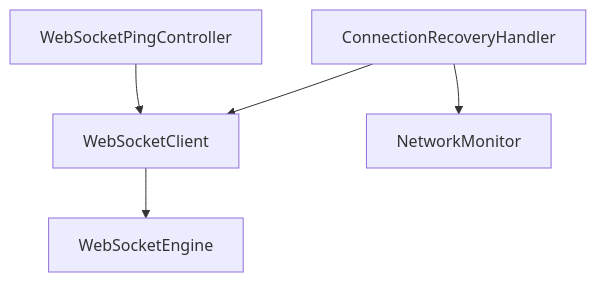
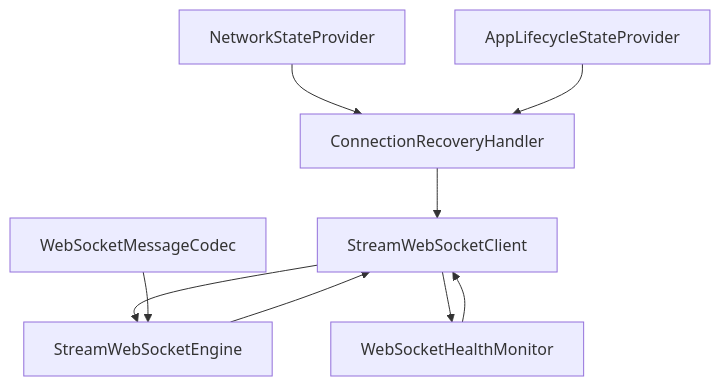
Before and after one commit to GetStream/stream-core-flutter: the diagram in packages/stream_core/docs/web_socket.md, drawn with Mermaid. The commit also changed other lines of this file and 83 other files, not shown here.

````diff
--- a/packages/stream_core/docs/web_socket.md
+++ b/packages/stream_core/docs/web_socket.md
@@ -24,7 +23,11 @@
 ```mermaid
 graph TD;
-    ConnectionRecoveryHandler-->WebSocketClient;
-    ConnectionRecoveryHandler-->NetworkMonitor;
-    WebSocketClient-->WebSocketEngine;
-    WebSocketPingController-->WebSocketClient;
+    ConnectionRecoveryHandler-->StreamWebSocketClient;
+    NetworkStateProvider-->ConnectionRecoveryHandler;
+    AppLifecycleStateProvider-->ConnectionRecoveryHandler;
+    StreamWebSocketClient-->StreamWebSocketEngine;
+    StreamWebSocketClient-->WebSocketHealthMonitor;
+    StreamWebSocketEngine-->StreamWebSocketClient;
+    WebSocketHealthMonitor-->StreamWebSocketClient;
+    WebSocketMessageCodec-->StreamWebSocketEngine;
 ```
````
